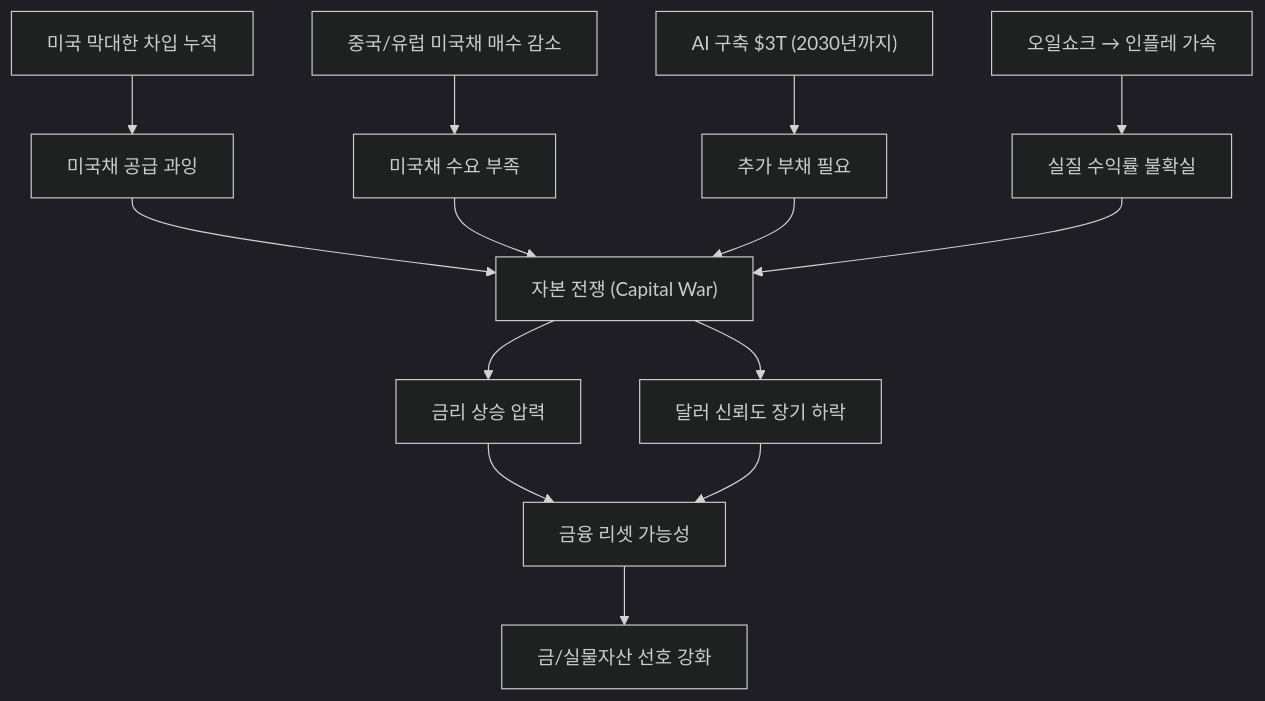
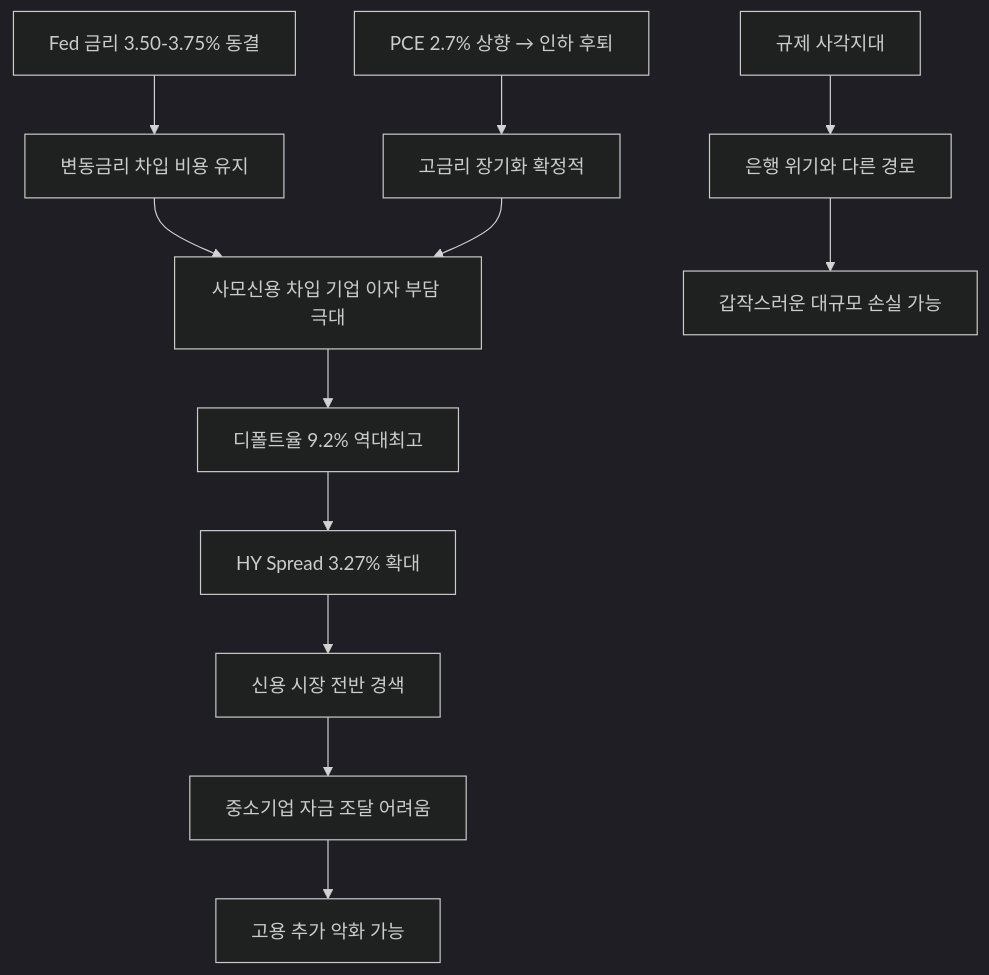
The sixth of 11 diagrams in _posts/knowledge/invest/2026-01-21-macroeconomic-policy-sector-outlook-2026.md (dss99911/dss99911.github.io), drawn with Mermaid (dark theme) before and after one commit. The commit also changed other lines of this file and 5 other files, not shown here.

````diff
--- a/_posts/knowledge/invest/2026-01-21-macroeconomic-policy-sector-outlook-2026.md
+++ b/_posts/knowledge/invest/2026-01-21-macroeconomic-policy-sector-outlook-2026.md
@@ -284,16 +238,14 @@
 ```mermaid
 graph TD
-    A["미국 막대한 차입 누적"] --> B["미국채 공급 과잉"]
-    C["중국/유럽 미국채 매수 감소"] --> D["미국채 수요 부족"]
-    B --> E["자본 전쟁 (Capital War)"]
-    D --> E
-    F["AI 구축 $3T (2030년까지)"] --> G["추가 부채 필요"]
-    G --> E
-    H["오일쇼크 → 인플레 가속"] --> I["실질 수익률 불확실"]
-    I --> E
-    E --> J["금리 상승 압력"]
-    E --> K["달러 신뢰도 장기 하락"]
-    J --> L["금융 리셋 가능성"]
-    K --> L
-    L --> M["금/실물자산 선호 강화"]
+    A["Fed 금리 3.50-3.75% 동결"] --> B["변동금리 차입 비용 유지"]
+    B --> C["사모신용 차입 기업 이자 부담 극대"]
+    C --> D["디폴트율 9.2% 역대최고"]
+    D --> E["HY Spread 3.27% 확대"]
+    E --> F["신용 시장 전반 경색"]
+    F --> G["중소기업 자금 조달 어려움"]
+    G --> H["고용 추가 악화 가능"]
+    I["PCE 2.7% 상향 → 인하 후퇴"] --> J["고금리 장기화 확정적"]
+    J --> C
+    K["규제 사각지대"] --> L["은행 위기와 다른 경로"]
+    L --> M["갑작스러운 대규모 손실 가능"]
 ```
````
